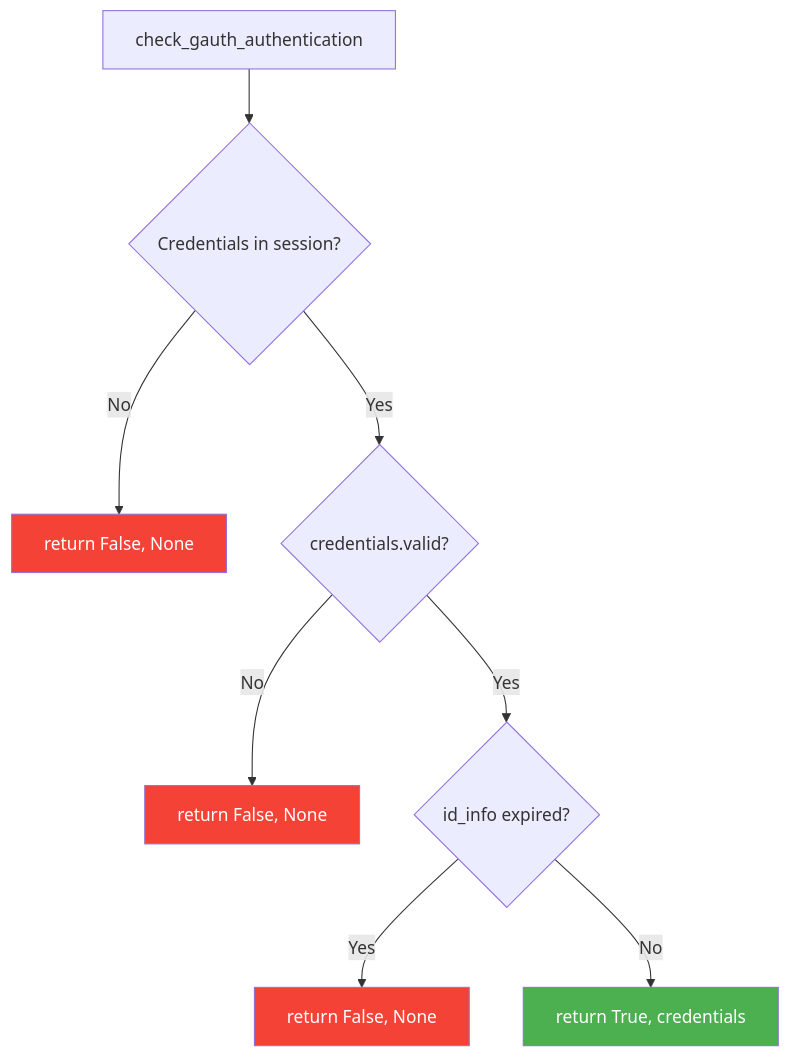
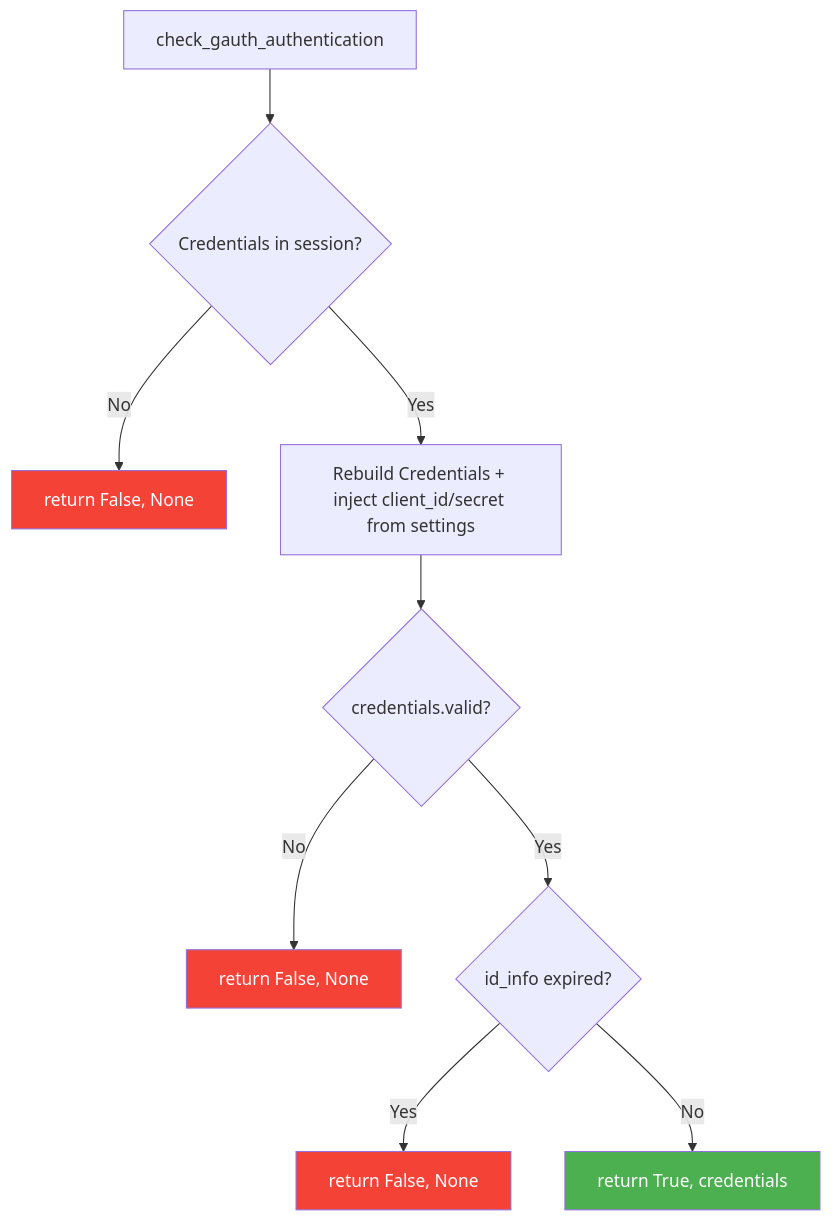
The diagram in docs/api/utilities.md (masterPiece93/django-gauth), drawn with Mermaid before and after one commit. The commit also changed other lines of this file and 4 other files, not shown here.

````diff
--- a/docs/api/utilities.md
+++ b/docs/api/utilities.md
@@ -68,15 +72,16 @@
 ```mermaid
 flowchart TD
     A[check_gauth_authentication] --> B{Credentials in session?}
     B -->|No| C[return False, None]
-    B -->|Yes| D{credentials.valid?}
+    B -->|Yes| R[Rebuild Credentials + inject client_id/secret from settings]
+    R --> D{credentials.valid?}
     D -->|No| E[return False, None]
     D -->|Yes| F{id_info expired?}
     F -->|Yes| G[return False, None]
     F -->|No| H[return True, credentials]
 
     style C fill:#f44336,color:white
     style E fill:#f44336,color:white
     style G fill:#f44336,color:white
     style H fill:#4CAF50,color:white
 ```
````
